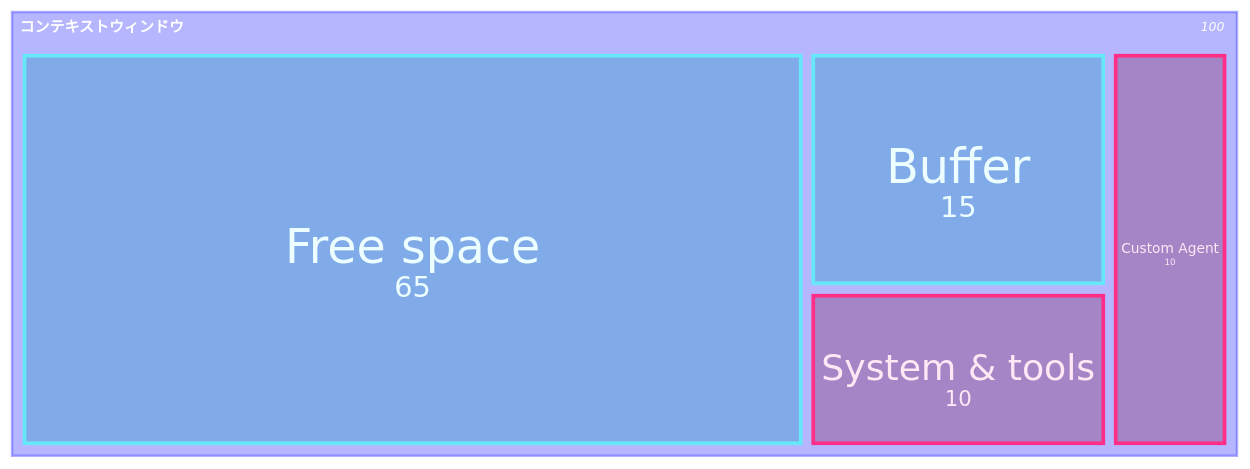
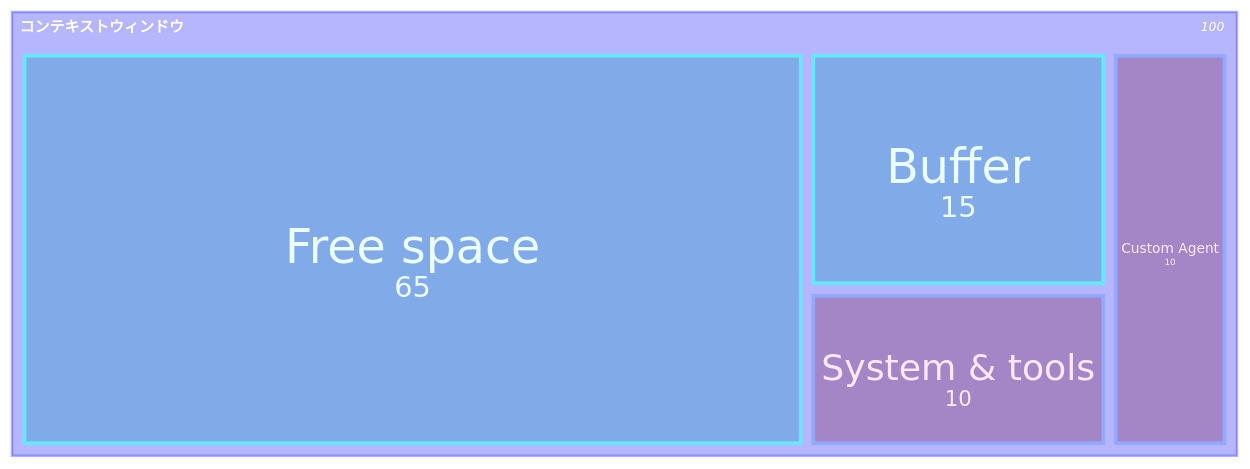
Before and after one commit to theomonfort/theomonfort: the third of 8 diagrams in src/content/playbook/ja/context-engineering.md, drawn with Mermaid. The commit also changed other lines of this file and 607 other files, not shown here.

````diff
--- a/src/content/playbook/ja/context-engineering.md
+++ b/src/content/playbook/ja/context-engineering.md
@@ -94,10 +94,10 @@
 ```mermaid
 treemap-beta
 "コンテキストウィンドウ"
   "System & tools": 10:::used
   "Custom Agent": 10:::used
   "Free space": 65:::free
   "Buffer": 15:::free
-classDef used fill:#7a1748,stroke:#ff2e88,color:#ffe8f4
+classDef used fill:#7a1748,stroke:#93a8ff,color:#ffe8f4
 classDef free fill:#0891b2,stroke:#67e8f9,color:#ecfeff
 ```
````
